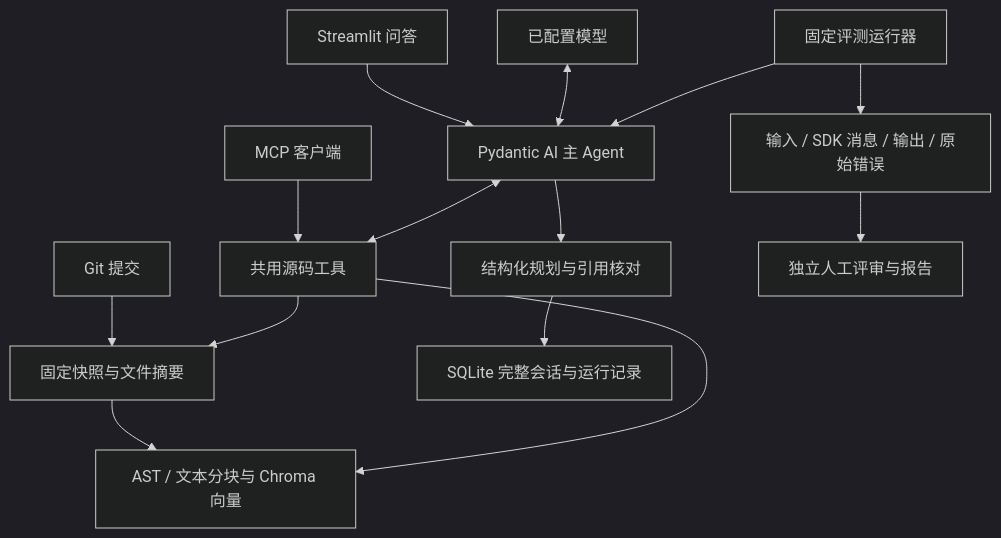
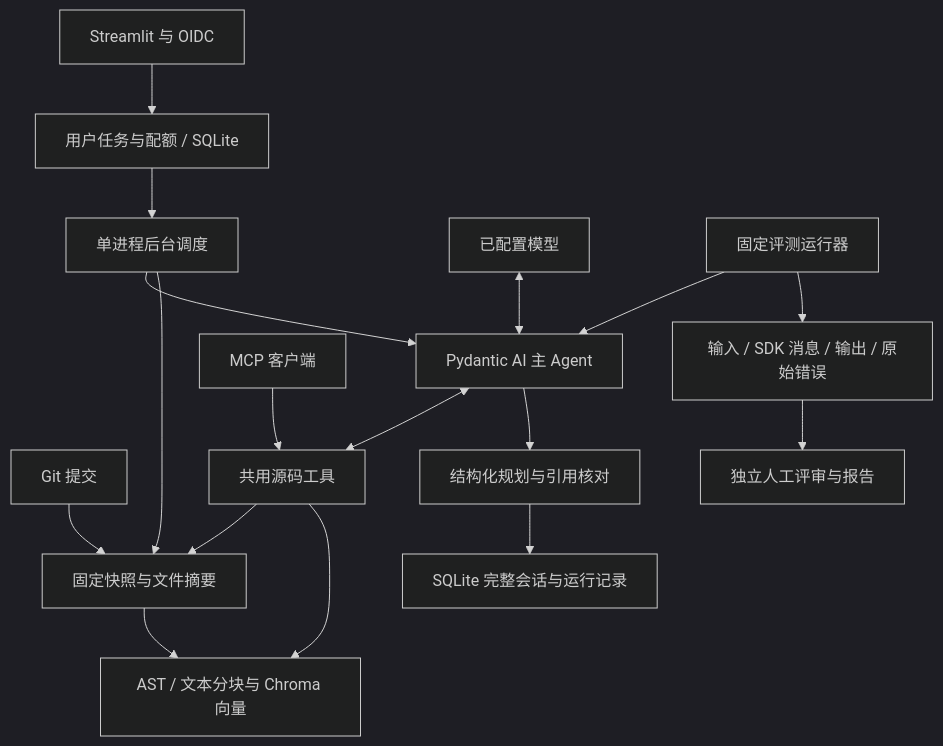
Before and after one commit to xyma2003/codebase-qa: the diagram in docs/ARCHITECTURE.md, drawn with Mermaid (dark theme). The commit also changed other lines of this file and 36 other files, not shown here.

````diff
--- a/docs/ARCHITECTURE.md
+++ b/docs/ARCHITECTURE.md
@@ -5,16 +5,19 @@
 ```mermaid
 flowchart TD
   Git[Git 提交] --> Snapshot[固定快照与文件摘要]
   Snapshot --> Index[AST / 文本分块与 Chroma 向量]
-  UI[Streamlit 问答] --> Agent[Pydantic AI 主 Agent]
+  UI[Streamlit 与 OIDC] --> Queue[用户任务与配额 / SQLite]
+  Queue --> Worker[单进程后台调度]
+  Worker --> Agent[Pydantic AI 主 Agent]
+  Worker --> Snapshot
   Model[已配置模型] <--> Agent
   MCP[MCP 客户端] --> Tools[共用源码工具]
   Agent <--> Tools
   Tools --> Snapshot
   Tools --> Index
   Agent --> Check[结构化规划与引用核对]
   Check --> Chat[SQLite 完整会话与运行记录]
   Eval[固定评测运行器] --> Agent
   Eval --> Archive[输入 / SDK 消息 / 输出 / 原始错误]
   Archive --> Review[独立人工评审与报告]
 ```
````
